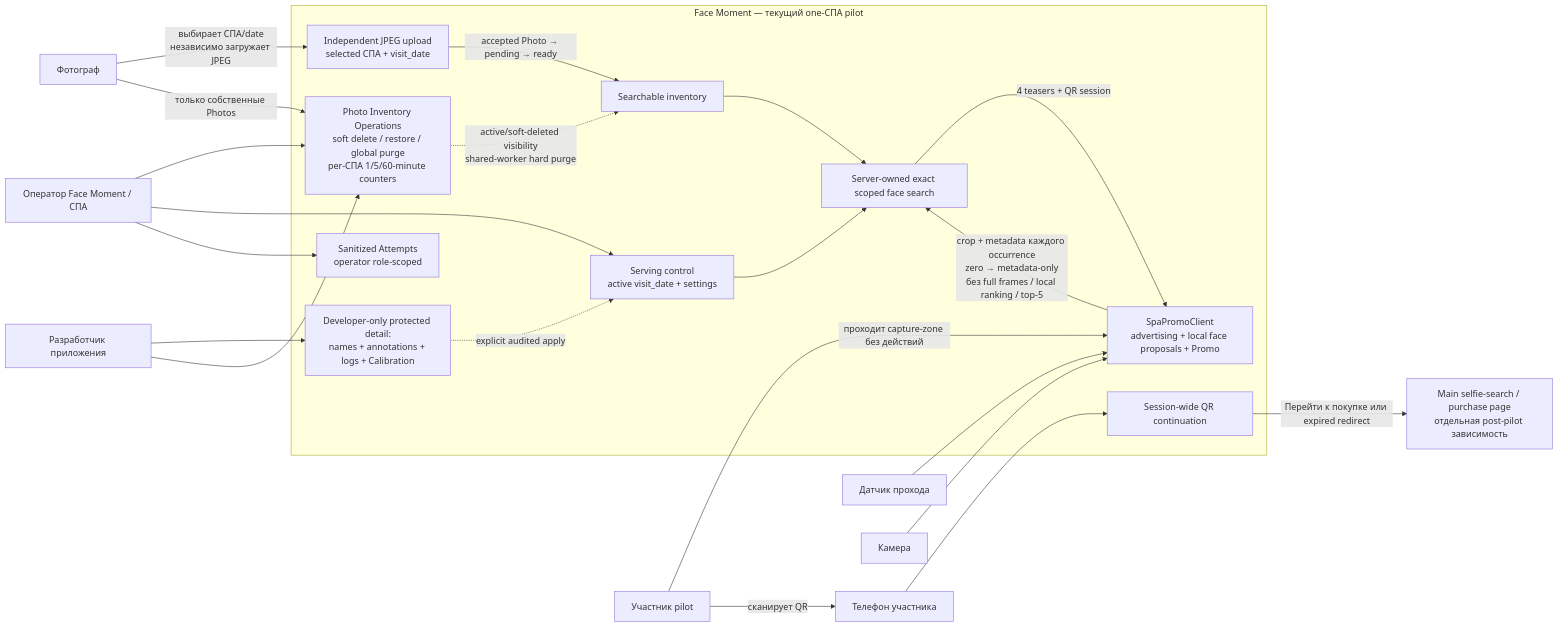
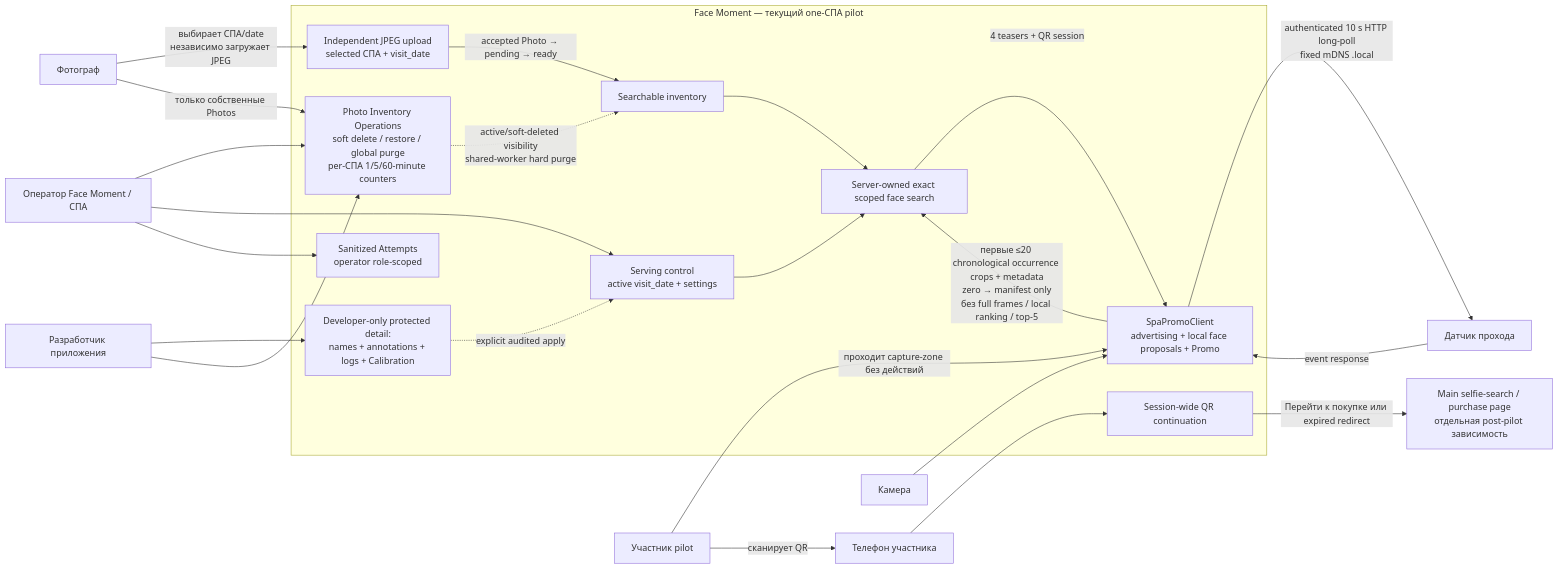
The diagram in mermaids/01-product-context.md (nicelight/face_moment), drawn with Mermaid before and after one commit. The commit also changed 37 other files, not shown here.

````diff
--- a/mermaids/01-product-context.md
+++ b/mermaids/01-product-context.md
@@ -5,47 +5,48 @@
 ```mermaid
 flowchart LR
     photographer["Фотограф"]
     participant["Участник pilot"]
     operator["Оператор Face Moment / СПА"]
     developer["Разработчик приложения"]
     sensor["Датчик прохода"]
     camera["Камера"]
     phone["Телефон участника"]
     future["Main selfie-search / purchase page<br/>отдельная post-pilot зависимость"]
 
     subgraph fm["Face Moment — текущий one-СПА pilot"]
         upload["Independent JPEG upload<br/>selected СПА + visit_date"]
         inventory["Searchable inventory"]
         serving["Serving control<br/>active visit_date + settings"]
         promo_client["SpaPromoClient<br/>advertising + local face proposals + Promo"]
         search["Server-owned exact scoped face search"]
         continuation["Session-wide QR continuation"]
         operations["Photo Inventory Operations<br/>soft delete / restore / global purge<br/>per-СПА 1/5/60-minute counters"]
         attempt_view["Sanitized Attempts<br/>operator role-scoped"]
         diagnostics["Developer-only protected detail:<br/>names + annotations + logs + Calibration"]
     end
 
     photographer -->|"выбирает СПА/date<br/>независимо загружает JPEG"| upload
     upload -->|"accepted Photo → pending → ready"| inventory
 
-    sensor --> promo_client
+    promo_client -->|"authenticated 10 s HTTP long-poll<br/>fixed mDNS .local"| sensor
+    sensor -->|"event response"| promo_client
     camera --> promo_client
     participant -->|"проходит capture-zone без действий"| promo_client
-    promo_client -->|"crop + metadata каждого occurrence<br/>zero → metadata-only<br/>без full frames / local ranking / top-5"| search
+    promo_client -->|"первые ≤20 chronological occurrence crops + metadata<br/>zero → manifest only<br/>без full frames / local ranking / top-5"| search
     inventory --> search
     serving --> search
     search -->|"4 teasers + QR session"| promo_client
 
     participant -->|"сканирует QR"| phone
     phone --> continuation
     continuation -->|"Перейти к покупке или expired redirect"| future
 
     operator --> operations
     operator --> serving
     operator --> attempt_view
     photographer -->|"только собственные Photos"| operations
     developer --> diagnostics
     developer --> operations
     operations -.->|"active/soft-deleted visibility<br/>shared-worker hard purge"| inventory
     diagnostics -.->|"explicit audited apply"| serving
 ```
````
